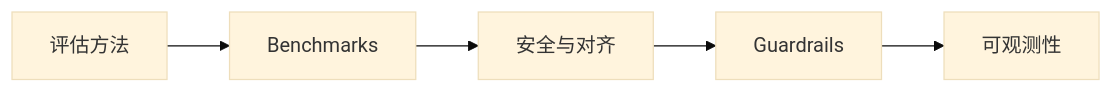
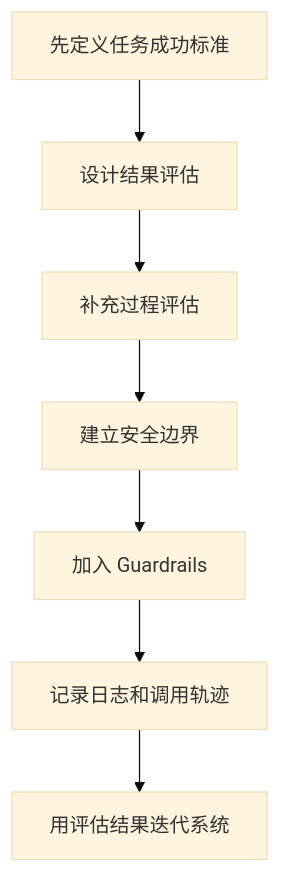
One commit to oudbiao/AI-fullstack-course changed the second of 3 diagrams in docs/stage9/ch08-eval-safety/00-roadmap.md. Above: the diagram before and after it, drawn with Mermaid (base theme). The commit also changed other lines of this file and 95 other files, not shown here.

````diff
--- a/docs/stage9/ch08-eval-safety/00-roadmap.md
+++ b/docs/stage9/ch08-eval-safety/00-roadmap.md
@@ -16,7 +44,9 @@
 ```mermaid
-flowchart LR
-    A["评估方法"] --> B["Benchmarks"]
-    B --> C["安全与对齐"]
-    C --> D["Guardrails"]
-    D --> E["可观测性"]
+flowchart TD
+  A[先定义任务成功标准] --> B[设计结果评估]
+  B --> C[补充过程评估]
+  C --> D[建立安全边界]
+  D --> E[加入 Guardrails]
+  E --> F[记录日志和调用轨迹]
+  F --> G[用评估结果迭代系统]
 ```
````
